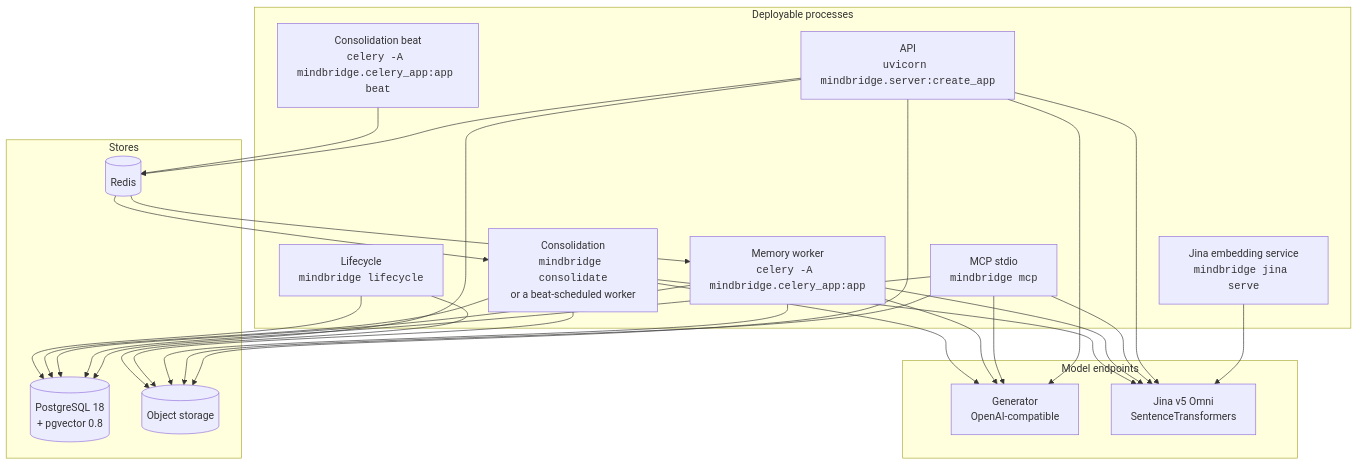
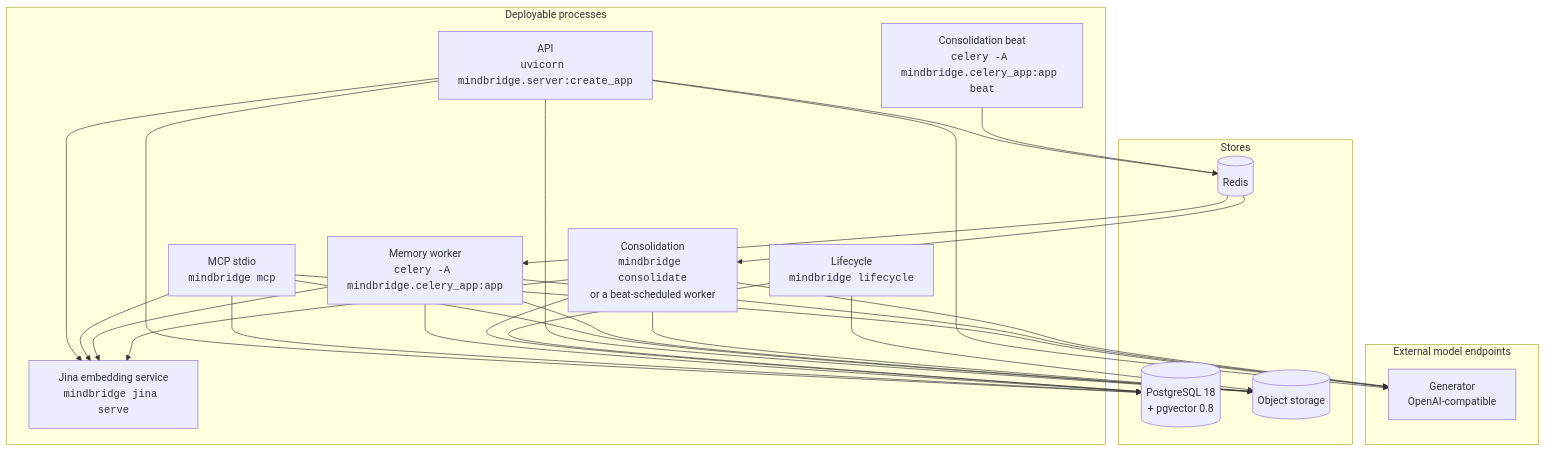
The first of 3 diagrams in docs/architecture.md (EventHorizon-Lab/MindBridge), drawn with Mermaid before and after one commit. The commit also changed other lines of this file and 15 other files, not shown here.

Commit message:
Expand README with comprehensive usage and architecture documentation

````diff
--- a/docs/architecture.md
+++ b/docs/architecture.md
@@ -39,33 +39,31 @@
 ```mermaid
 flowchart TB
   subgraph proc["Deployable processes"]
     jina["Jina embedding service<br/><code>mindbridge jina serve</code>"]
     api["API<br/><code>uvicorn mindbridge.server:create_app</code>"]
     mcp["MCP stdio<br/><code>mindbridge mcp</code>"]
     worker["Memory worker<br/><code>celery -A mindbridge.celery_app:app</code>"]
     beat["Consolidation beat<br/><code>celery -A mindbridge.celery_app:app beat</code>"]
     cons["Consolidation<br/><code>mindbridge consolidate</code><br/>or a beat-scheduled worker"]
     life["Lifecycle<br/><code>mindbridge lifecycle</code>"]
   end
 
   subgraph data["Stores"]
     pg[("PostgreSQL 18<br/>+ pgvector 0.8")]
     redis[("Redis")]
     s3[("Object storage")]
   end
 
-  subgraph models["Model endpoints"]
+  subgraph models["External model endpoints"]
     gen["Generator<br/>OpenAI-compatible"]
-    emb["Jina v5 Omni<br/>SentenceTransformers"]
   end
 
-  jina --> emb
-  api --> pg & redis & s3 & gen & emb
-  mcp --> pg & s3 & gen & emb
+  api --> pg & redis & s3 & gen & jina
+  mcp --> pg & s3 & gen & jina
   redis --> worker
   beat --> redis
   redis --> cons
-  worker --> pg & s3 & gen & emb
-  cons --> pg & s3 & gen & emb
+  worker --> pg & s3 & gen & jina
+  cons --> pg & s3 & gen & jina
   life --> pg & s3
 ```
````
